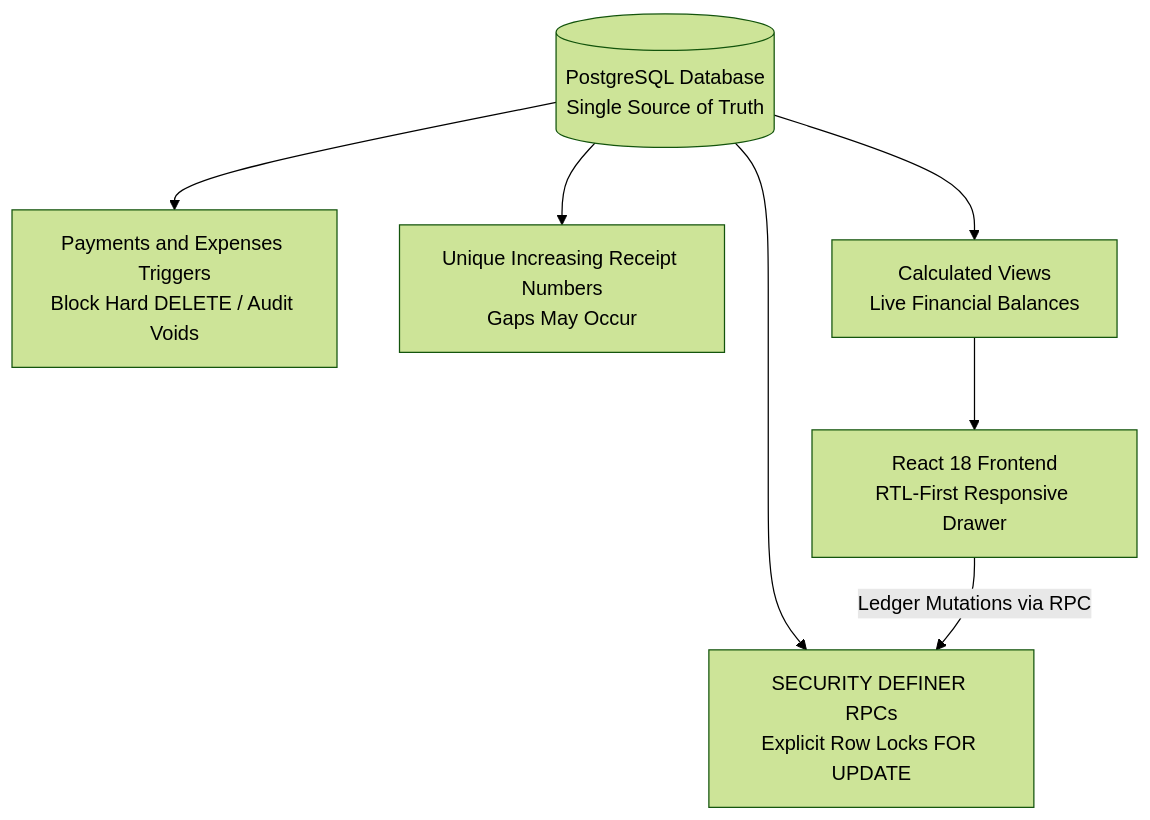
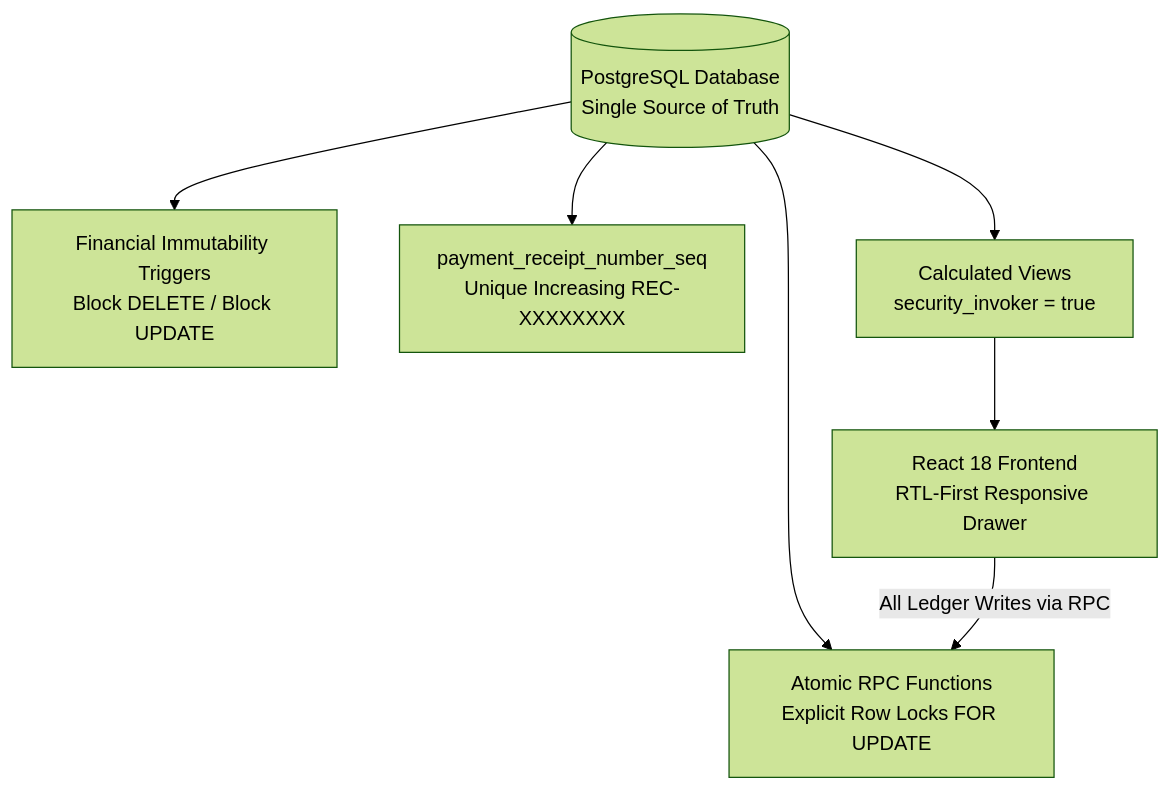
One commit to Ahmed77khaled/elmasry-academy-lms changed the diagram in المرجع_الشامل_لنظام_أكاديمية_المصري_LMS.md. Above: the diagram before and after it, drawn with Mermaid (forest theme). The commit also changed other lines of this file and 2 other files, not shown here.

````diff
--- a/المرجع_الشامل_لنظام_أكاديمية_المصري_LMS.md
+++ b/المرجع_الشامل_لنظام_أكاديمية_المصري_LMS.md
@@ -128,16 +55,22 @@
 ```mermaid
 flowchart TD
-    DB[(PostgreSQL Database\nSingle Source of Truth)]
-    Trigger[Payments and Expenses Triggers\nBlock Hard DELETE / Audit Voids]
-    RPC[SECURITY DEFINER RPCs\nExplicit Row Locks FOR UPDATE]
-    Seq[Unique Increasing Receipt Numbers\nGaps May Occur]
-    Views[Calculated Views\nLive Financial Balances]
-    UI[React 18 Frontend\nRTL-First Responsive Drawer]
+    DB[(PostgreSQL Database
+Single Source of Truth)]
+    Trigger[Financial Immutability Triggers
+Block DELETE / Block UPDATE]
+    RPC[Atomic RPC Functions
+Explicit Row Locks FOR UPDATE]
+    Seq[payment_receipt_number_seq
+Unique Increasing REC-XXXXXXXX]
+    Views[Calculated Views
+security_invoker = true]
+    UI[React 18 Frontend
+RTL-First Responsive Drawer]
 
     DB --> Trigger
     DB --> RPC
     DB --> Seq
     DB --> Views
     Views --> UI
-    UI -->|Ledger Mutations via RPC| RPC
+    UI -->|All Ledger Writes via RPC| RPC
 ```
````
